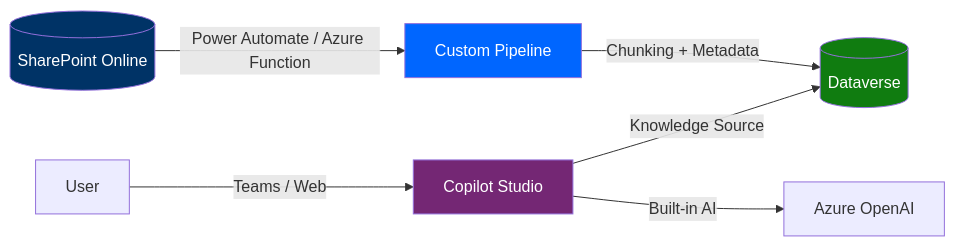
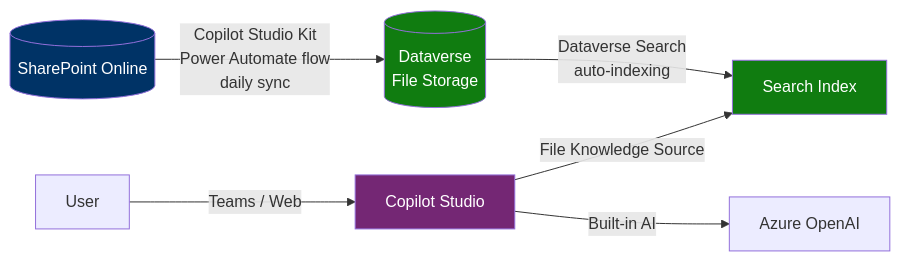
One commit to ostefka/AgentsAdvancedSearch changed the fourth of 10 diagrams in COMPARISON.md. Above: the diagram before and after it, drawn with Mermaid. The commit also changed other lines of this file, not shown here.

Commit message:
Update #4: Copilot Studio Kit for SPO-to-Dataverse sync (replaces generic custom pipeline)

````diff
--- a/COMPARISON.md
+++ b/COMPARISON.md
@@ -74,12 +74,12 @@
 ```mermaid
 flowchart LR
     U[User] -->|Teams / Web| CS[Copilot Studio]
-    SPO[(SharePoint Online)] -->|Power Automate / Azure Function| PA[Custom Pipeline]
-    PA -->|Chunking + Metadata| DV[(Dataverse)]
-    CS -->|Knowledge Source| DV
+    SPO[(SharePoint Online)] -->|Copilot Studio Kit<br/>Power Automate flow<br/>daily sync| DV[(Dataverse<br/>File Storage)]
+    DV -->|Dataverse Search<br/>auto-indexing| IDX[Search Index]
+    CS -->|File Knowledge Source| IDX
     CS -->|Built-in AI| LLM[Azure OpenAI]
     style CS fill:#742774,color:#fff
     style SPO fill:#036,color:#fff
     style DV fill:#107c10,color:#fff
-    style PA fill:#0066ff,color:#fff
+    style IDX fill:#107c10,color:#fff
 ```
````
